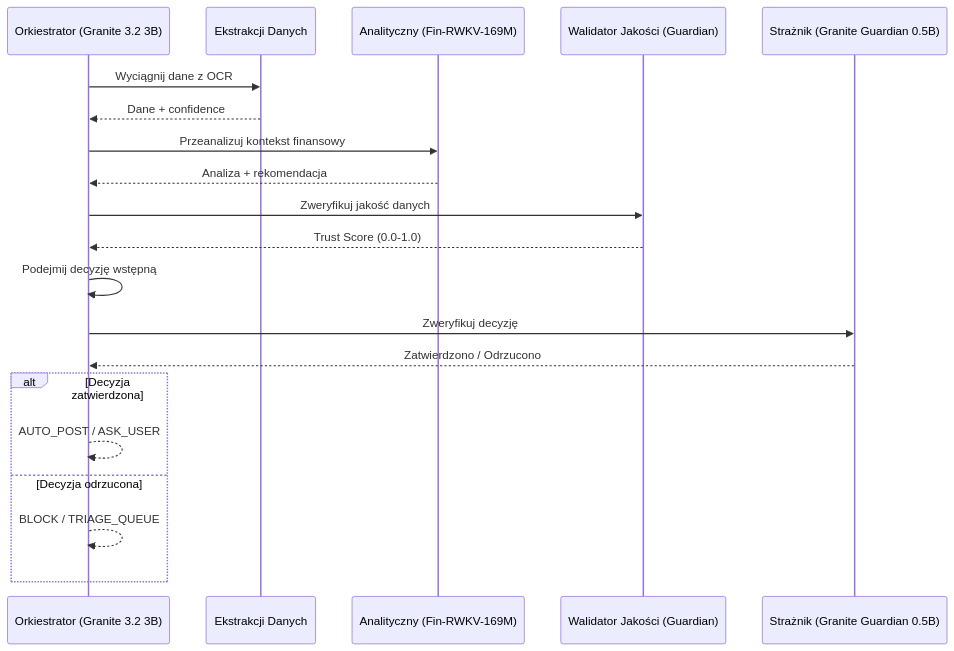
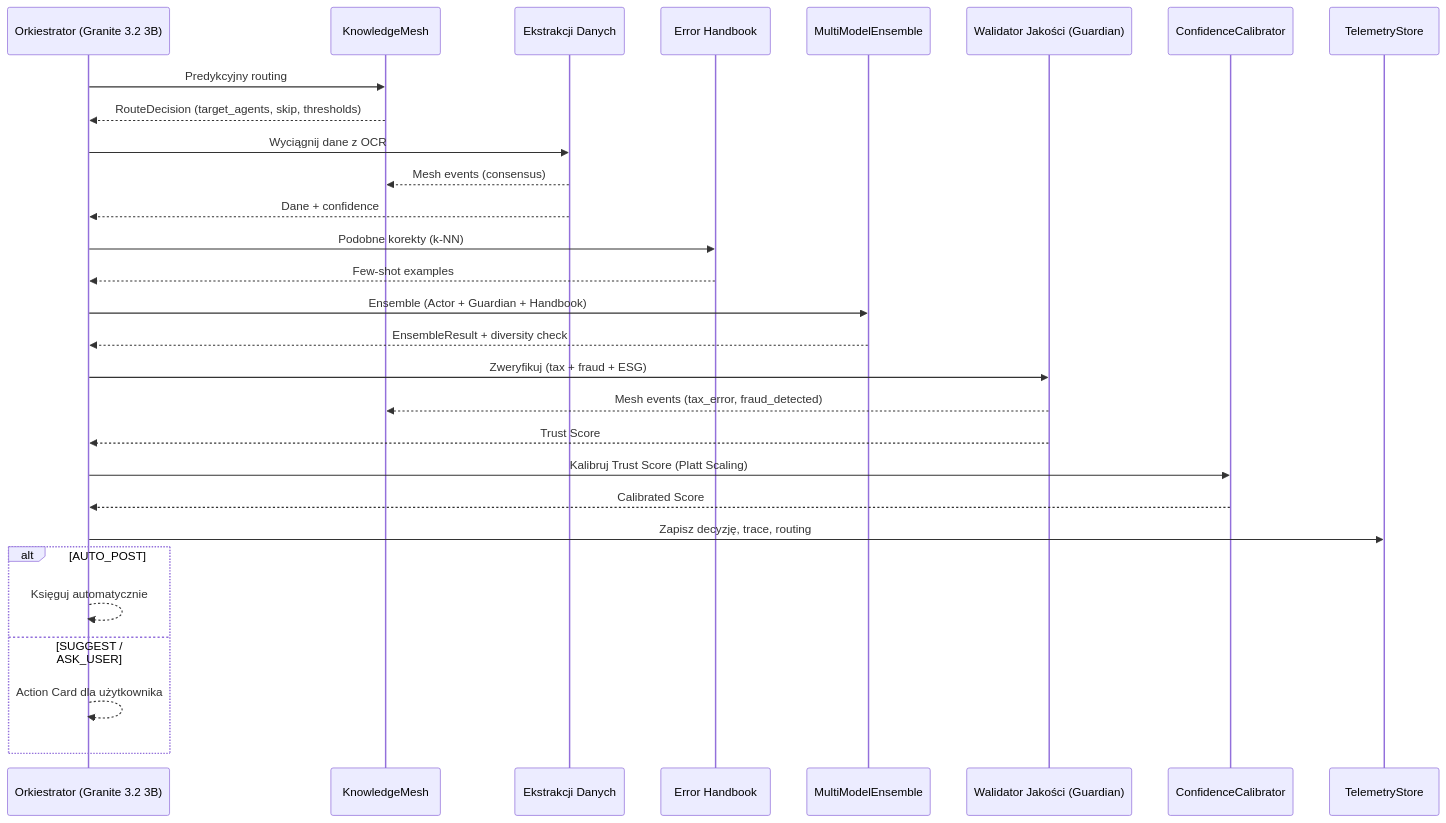
One commit to Gorski-Maciej/NexusAI changed the fifth of 7 diagrams in docs/ARCHITECTURE.md. Above: the diagram before and after it, drawn with Mermaid. The commit also changed other lines of this file and 22 other files, not shown here.

````diff
--- a/docs/ARCHITECTURE.md
+++ b/docs/ARCHITECTURE.md
@@ -290,28 +290,39 @@
 ```mermaid
 sequenceDiagram
     participant O as Orkiestrator (Granite 3.2 3B)
+    participant M as KnowledgeMesh
     participant E as Ekstrakcji Danych
-    participant A as Analityczny (Fin-RWKV-169M)
+    participant H as Error Handbook
+    participant A as MultiModelEnsemble
     participant Q as Walidator Jakości (Guardian)
-    participant S as Strażnik (Granite Guardian 0.5B)
+    participant C as ConfidenceCalibrator
+    participant T as TelemetryStore
 
+    O->>M: Predykcyjny routing
+    M-->>O: RouteDecision (target_agents, skip, thresholds)
+    
     O->>E: Wyciągnij dane z OCR
+    E-->>M: Mesh events (consensus)
     E-->>O: Dane + confidence
     
-    O->>A: Przeanalizuj kontekst finansowy
-    A-->>O: Analiza + rekomendacja
+    O->>H: Podobne korekty (k-NN)
+    H-->>O: Few-shot examples
     
-    O->>Q: Zweryfikuj jakość danych
-    Q-->>O: Trust Score (0.0-1.0)
+    O->>A: Ensemble (Actor + Guardian + Handbook)
+    A-->>O: EnsembleResult + diversity check
     
-    O->>O: Podejmij decyzję wstępną
+    O->>Q: Zweryfikuj (tax + fraud + ESG)
+    Q-->>M: Mesh events (tax_error, fraud_detected)
+    Q-->>O: Trust Score
     
-    O->>S: Zweryfikuj decyzję
-    S-->>O: Zatwierdzono / Odrzucono
+    O->>C: Kalibruj Trust Score (Platt Scaling)
+    C-->>O: Calibrated Score
     
-    alt Decyzja zatwierdzona
-        O-->>O: AUTO_POST / ASK_USER
-    else Decyzja odrzucona
-        O-->>O: BLOCK / TRIAGE_QUEUE
+    O->>T: Zapisz decyzję, trace, routing
+    
+    alt AUTO_POST
+        O-->>O: Księguj automatycznie
+    else SUGGEST / ASK_USER
+        O-->>O: Action Card dla użytkownika
     end
 ```
````
